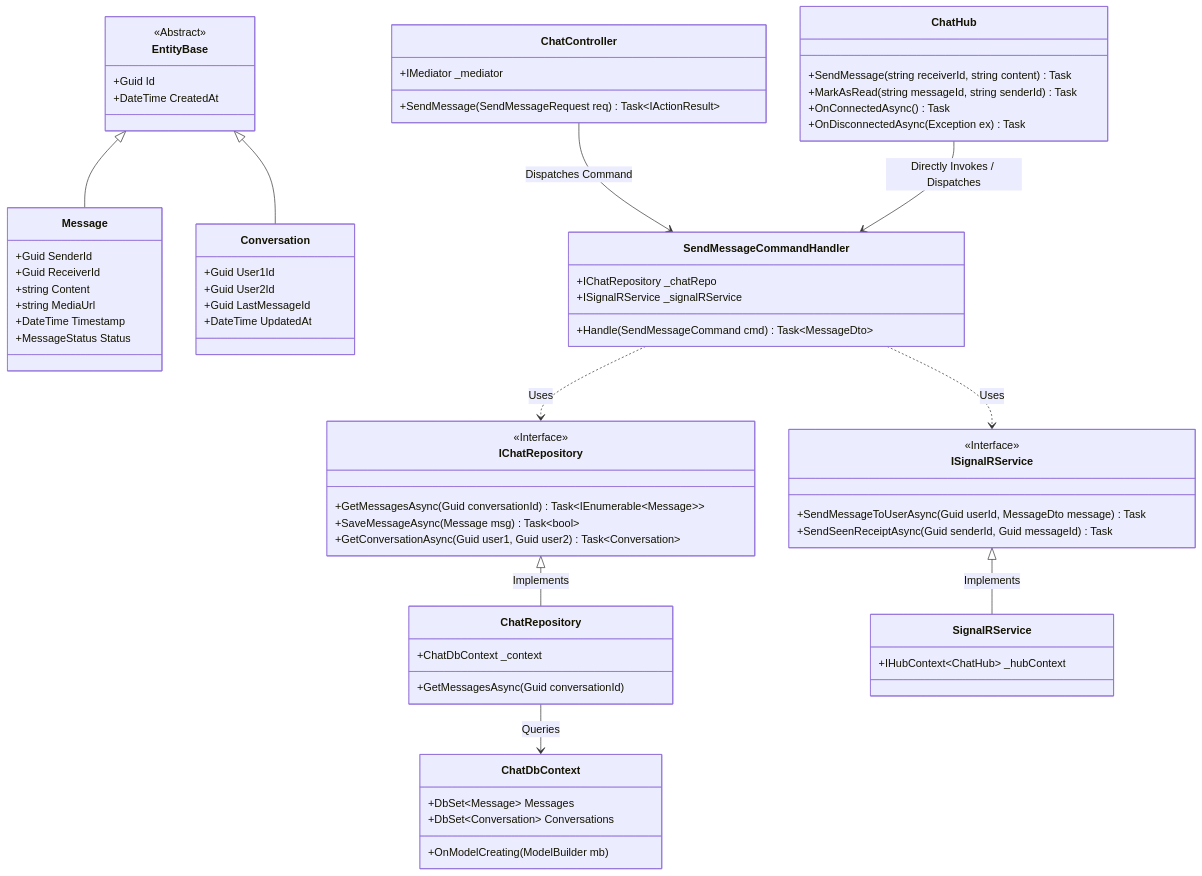
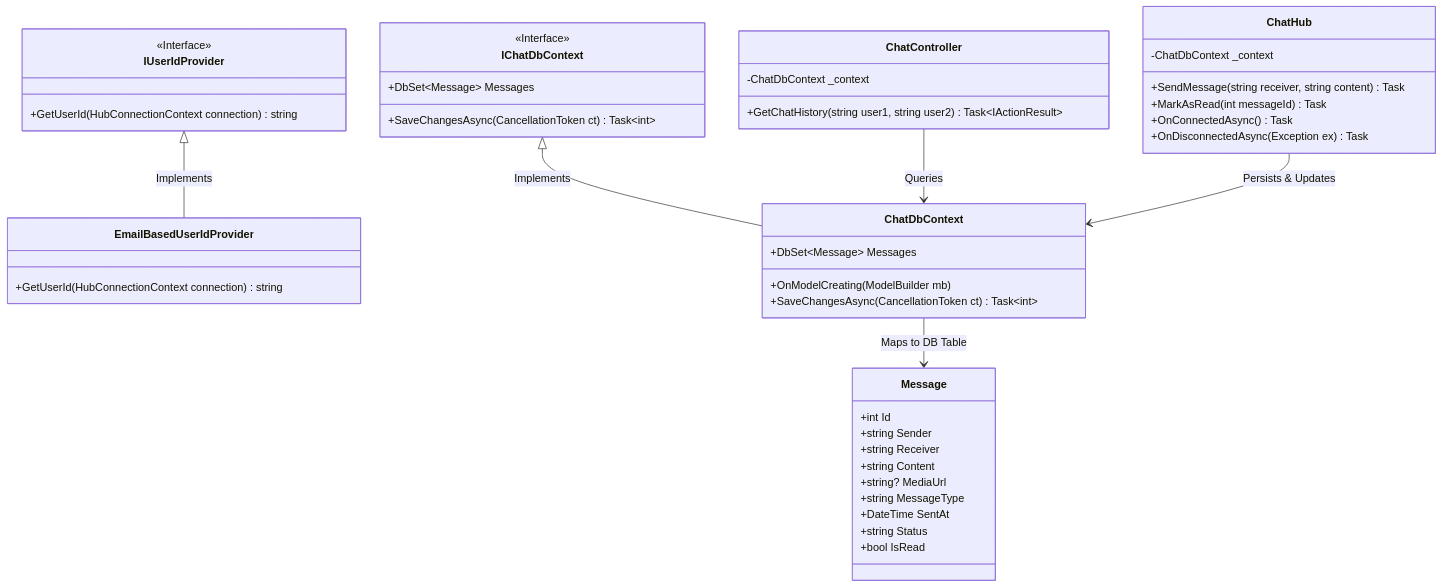
One commit to Abhishekmaheshwari123/Real_Time_Chat_Application changed the fifth of 6 diagrams in README.md. Above: the diagram before and after it, drawn with Mermaid. The commit also changed other lines of this file, not shown here.

````diff
--- a/README.md
+++ b/README.md
@@ -191,78 +223,57 @@
 ```mermaid
 classDiagram
-    %% Clean Architecture Layering %%
+    %% Core layers %%
     
-    %% Domain Layer (Center) %%
-    class EntityBase {
-        <<Abstract>>
-        +Guid Id
-        +DateTime CreatedAt
+    %% Domain Layer (Center) - High level business entities, completely isolated
+    class Message {
+        +int Id
+        +string Sender
+        +string Receiver
+        +string Content
+        +string? MediaUrl
+        +string MessageType
+        +DateTime SentAt
+        +string Status
+        +bool IsRead
     }
-    class Message {
-        +Guid SenderId
-        +Guid ReceiverId
-        +string Content
-        +string MediaUrl
-        +DateTime Timestamp
-        +MessageStatus Status
+
+    %% Application Layer - Contains abstractions and business use-cases
+    class IChatDbContext {
+        <<Interface>>
+        +DbSet~Message~ Messages
+        +SaveChangesAsync(CancellationToken ct) Task~int~
     }
-    class Conversation {
-        +Guid User1Id
-        +Guid User2Id
-        +Guid LastMessageId
-        +DateTime UpdatedAt
+    class IUserIdProvider {
+        <<Interface>>
+        +GetUserId(HubConnectionContext connection) string
     }
-    EntityBase <|-- Message
-    EntityBase <|-- Conversation
+    class EmailBasedUserIdProvider {
+        +GetUserId(HubConnectionContext connection) string
+    }
+    IUserIdProvider <|-- EmailBasedUserIdProvider : Implements
 
-    %% Application Layer %%
-    class IChatRepository {
-        <<Interface>>
-        +GetMessagesAsync(Guid conversationId) Task~IEnumerable~Message~~
-        +SaveMessageAsync(Message msg) Task~bool~
-        +GetConversationAsync(Guid user1, Guid user2) Task~Conversation~
-    }
-    class ISignalRService {
-        <<Interface>>
-        +SendMessageToUserAsync(Guid userId, MessageDto message) Task
-        +SendSeenReceiptAsync(Guid senderId, Guid messageId) Task
-    }
-    class SendMessageCommandHandler {
-        +IChatRepository _chatRepo
-        +ISignalRService _signalRService
-        +Handle(SendMessageCommand cmd) Task~MessageDto~
-    }
-    SendMessageCommandHandler ..> IChatRepository : Uses
-    SendMessageCommandHandler ..> ISignalRService : Uses
-
-    %% Infrastructure Layer %%
+    %% Infrastructure Layer - Frameworks, DbContext, and DB persistence
     class ChatDbContext {
         +DbSet~Message~ Messages
-        +DbSet~Conversation~ Conversations
         +OnModelCreating(ModelBuilder mb)
+        +SaveChangesAsync(CancellationToken ct) Task~int~
     }
-    class ChatRepository {
-        +ChatDbContext _context
-        +GetMessagesAsync(Guid conversationId)
-    }
-    class SignalRService {
-        +IHubContext~ChatHub~ _hubContext
-    }
-    IChatRepository <|-- ChatRepository : Implements
-    ISignalRService <|-- SignalRService : Implements
-    ChatRepository --> ChatDbContext : Queries
+    IChatDbContext <|-- ChatDbContext : Implements
 
-    %% API Presentation Layer %%
+    %% API Presentation Layer - Controllers & SignalR Hubs
     class ChatController {
-        +IMediator _mediator
-        +SendMessage(SendMessageRequest req) Task~IActionResult~
+        -ChatDbContext _context
+        +GetChatHistory(string user1, string user2) Task~IActionResult~
     }
     class ChatHub {
-        +SendMessage(string receiverId, string content) Task
-        +MarkAsRead(string messageId, string senderId) Task
+        -ChatDbContext _context
+        +SendMessage(string receiver, string content) Task
+        +MarkAsRead(int messageId) Task
         +OnConnectedAsync() Task
         +OnDisconnectedAsync(Exception ex) Task
     }
-    ChatController --> SendMessageCommandHandler : Dispatches Command
-    ChatHub --> SendMessageCommandHandler : Directly Invokes / Dispatches
+    
+    ChatController --> ChatDbContext : Queries
+    ChatHub --> ChatDbContext : Persists & Updates
+    ChatDbContext --> Message : Maps to DB Table
 ```
````
